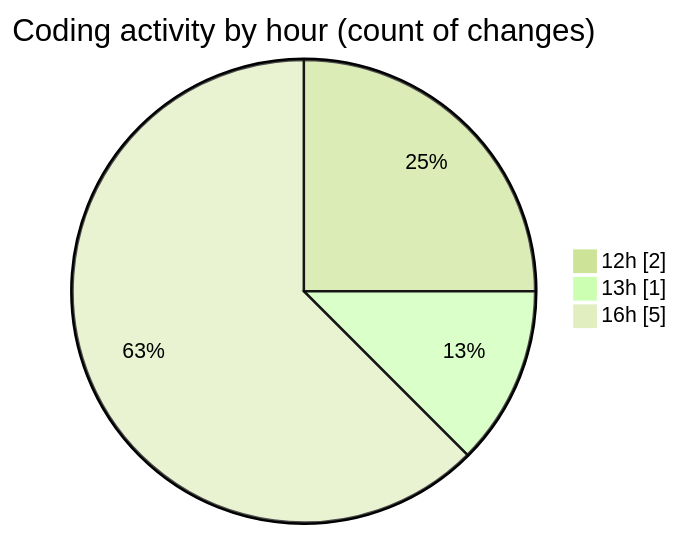
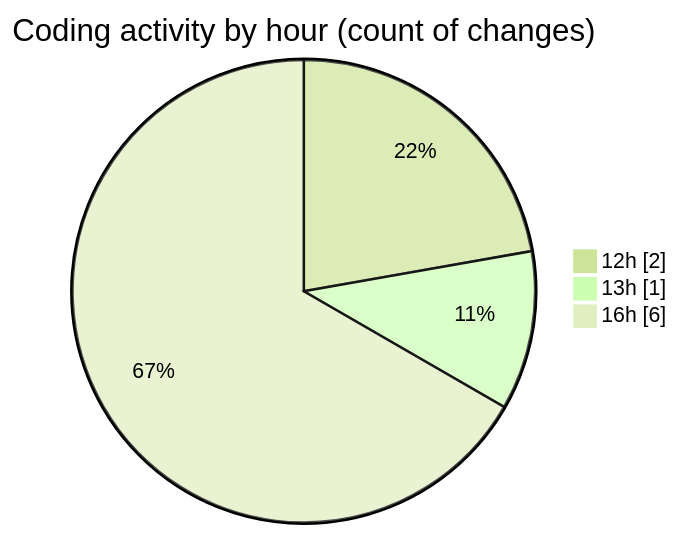
The second of 2 diagrams in 2025-08-03/macrowhisper/README.md (EIIisD/code-tracking), drawn with Mermaid (forest theme) before and after one commit. The commit also changed other lines of this file and 1 other file, not shown here.

````diff
--- a/2025-08-03/macrowhisper/README.md
+++ b/2025-08-03/macrowhisper/README.md
@@ -29,7 +29,7 @@
 ```mermaid
 pie showData
 title Coding activity by hour (count of changes)
 "12h" : 2
 "13h" : 1
-"16h" : 5
+"16h" : 6
 ```
````
